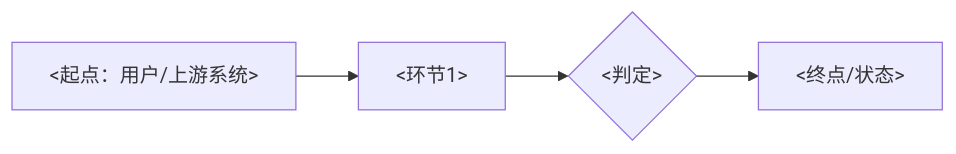
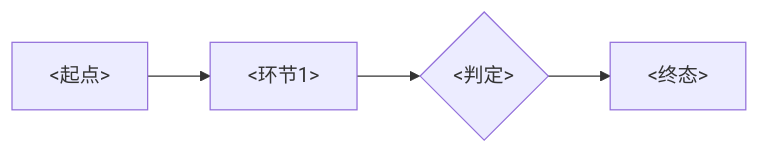
The first of 9 diagrams in docs/templates/03-design.md (guanwenbo/pi-workflow), drawn with Mermaid before and after one commit. The commit also changed other lines of this file and 6 other files, not shown here.

````diff
--- a/docs/templates/03-design.md
+++ b/docs/templates/03-design.md
@@ -47,4 +30,4 @@
 ```mermaid
 flowchart LR
-  A[<起点：用户/上游系统>] --> B[<环节1>] --> C{<判定>} --> D[<终点/状态>]
+  A[<起点>] --> B[<环节1>] --> C{<判定>} --> D[<终态>]
 ```
````
